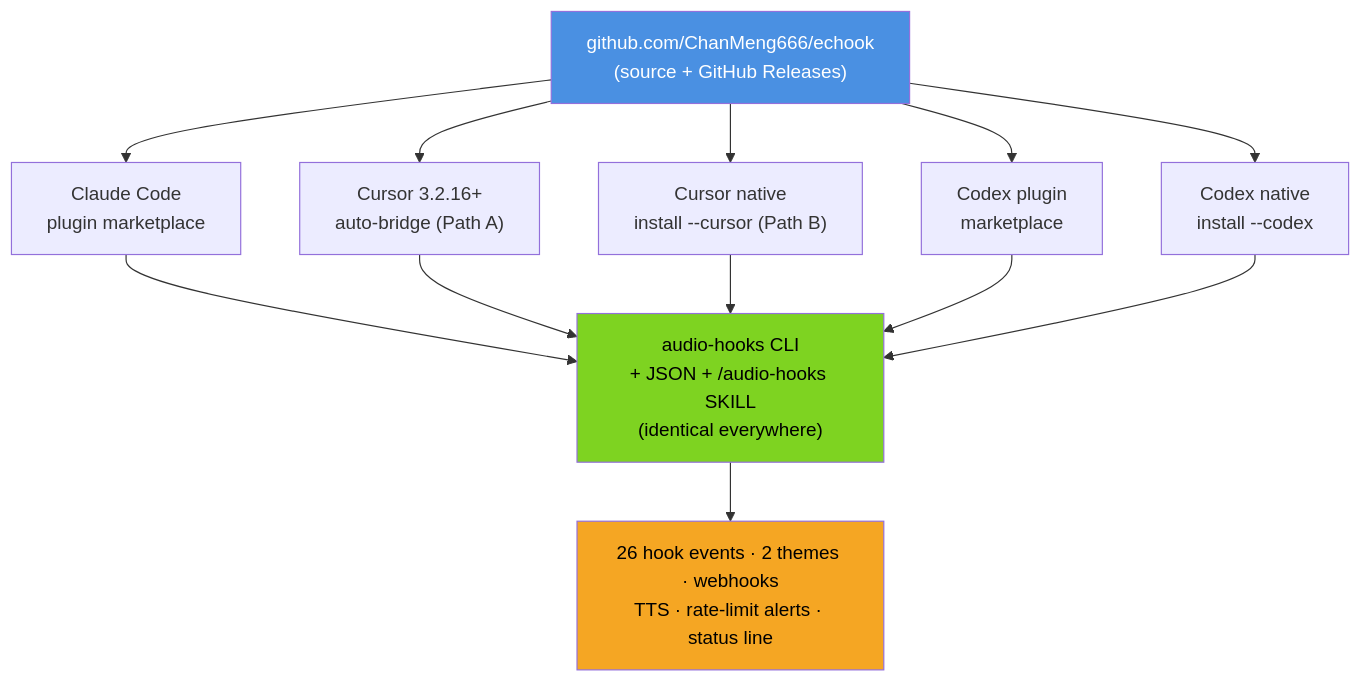
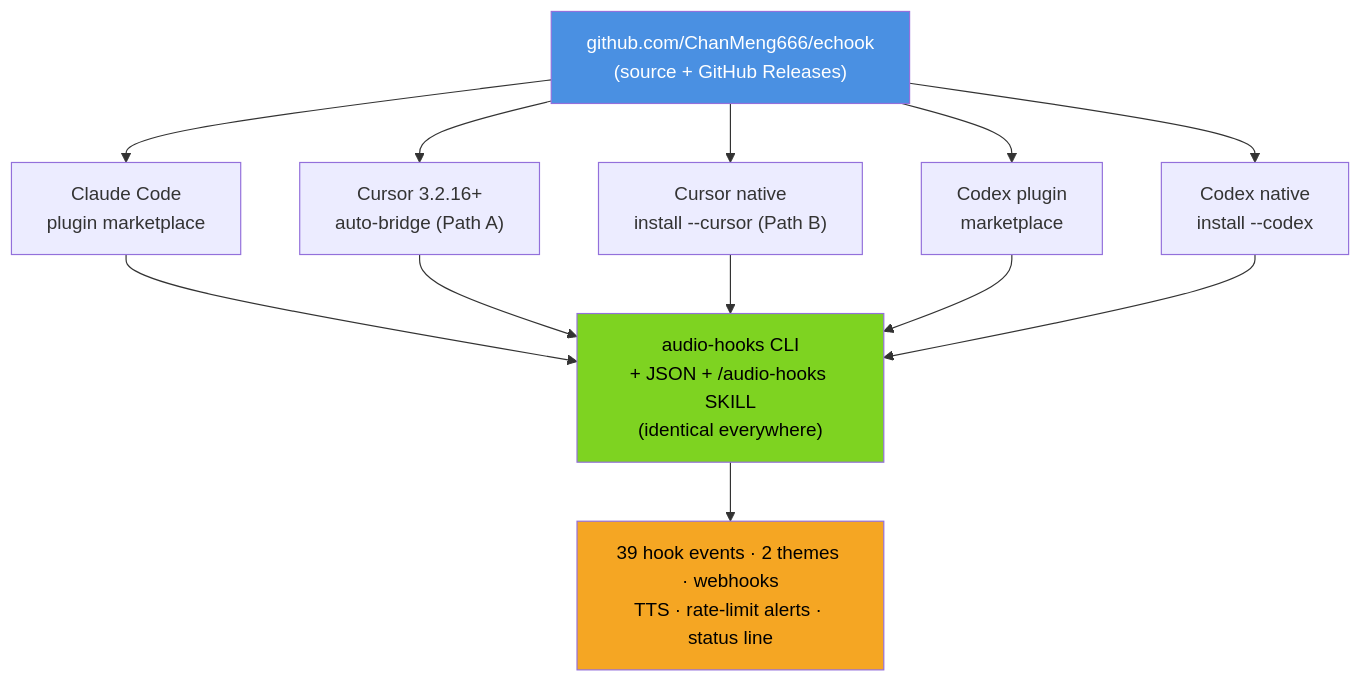
The first of 9 diagrams in README.md (ChanMeng666/echook), drawn with Mermaid before and after one commit. The commit also changed other lines of this file and 76 other files, not shown here.

````diff
--- a/README.md
+++ b/README.md
@@ -158,22 +169,22 @@
 ```mermaid
 flowchart TB
     REPO["github.com/ChanMeng666/echook<br/>(source + GitHub Releases)"]
 
     REPO --> CCP["Claude Code<br/>plugin marketplace"]
     REPO --> CURB["Cursor 3.2.16+<br/>auto-bridge (Path A)"]
     REPO --> CURN["Cursor native<br/>install --cursor (Path B)"]
     REPO --> CXP["Codex plugin<br/>marketplace"]
     REPO --> CXN["Codex native<br/>install --codex"]
 
     CCP --> CLI["audio-hooks CLI<br/>+ JSON + /audio-hooks SKILL<br/>(identical everywhere)"]
     CURB --> CLI
     CURN --> CLI
     CXP --> CLI
     CXN --> CLI
 
-    CLI --> OUT["26 hook events · 2 themes · webhooks<br/>TTS · rate-limit alerts · status line"]
+    CLI --> OUT["39 hook events · 2 themes · webhooks<br/>TTS · rate-limit alerts · status line"]
 
     style REPO fill:#4A90E2,color:#fff
     style CLI fill:#7ED321,color:#000
     style OUT fill:#F5A623,color:#000
 ```
````
